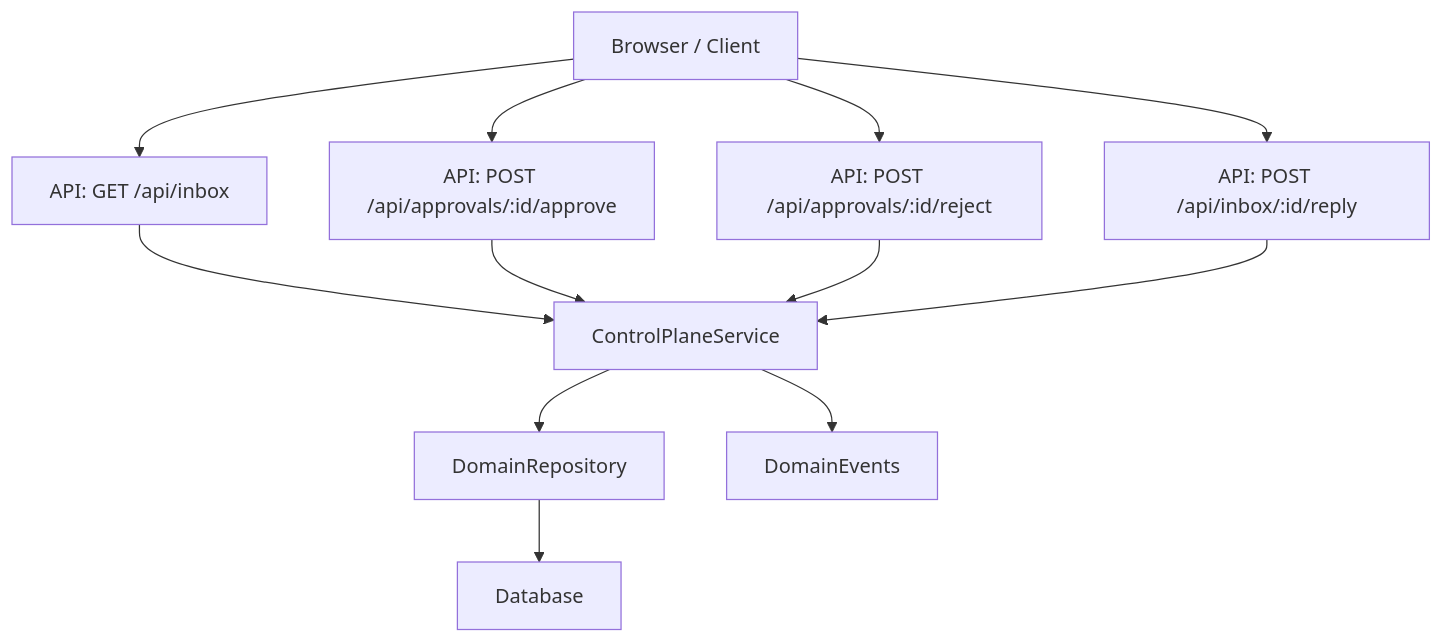
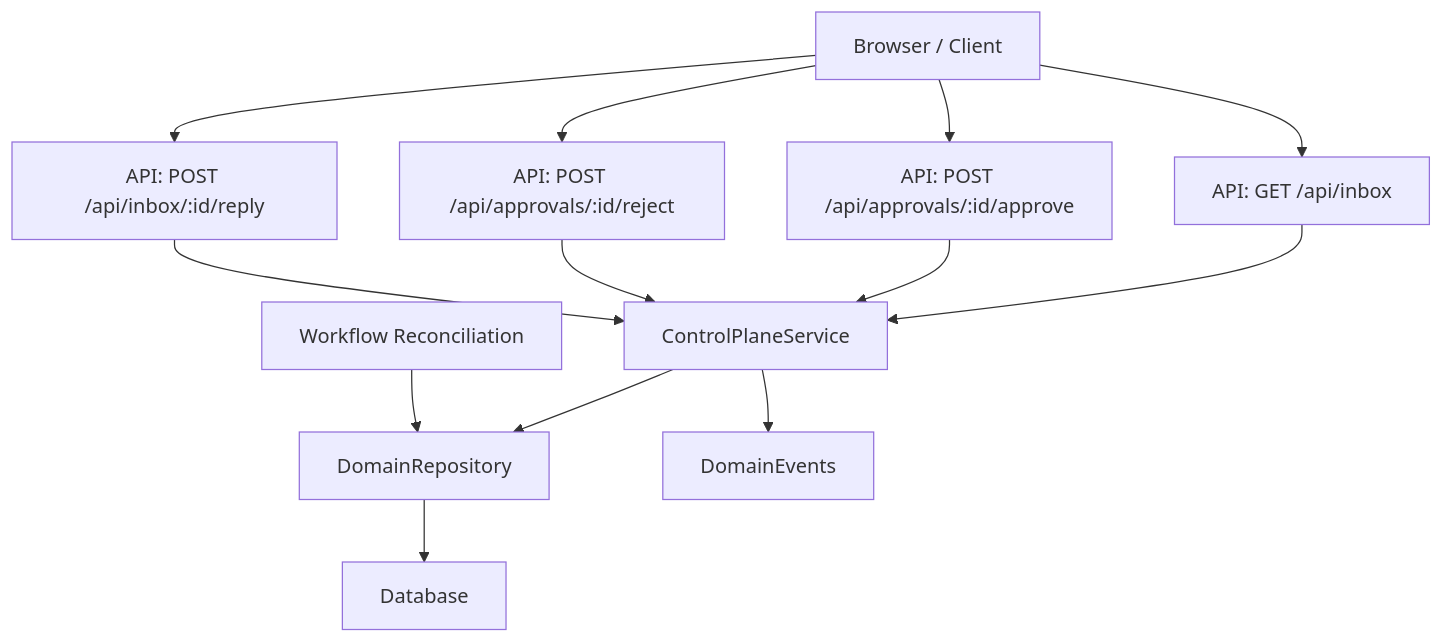
One commit to vmyazin/agent-os-passerine changed the first of 8 diagrams in .qoder/repowiki/en/content/Monitoring and Operations/Dashboard and User Interface/Inbox System and Approvals/Inbox System and Approvals.md. Above: the diagram before and after it, drawn with Mermaid. The commit also changed other lines of this file and 133 other files, not shown here.

````diff
--- a/.qoder/repowiki/en/content/Monitoring and Operations/Dashboard and User Interface/Inbox System and Approvals/Inbox System and Approvals.md
+++ b/.qoder/repowiki/en/content/Monitoring and Operations/Dashboard and User Interface/Inbox System and Approvals/Inbox System and Approvals.md
@@ -44,23 +56,25 @@
 ```mermaid
 graph TB
 Client["Browser / Client"]
 API_Inbox["API: GET /api/inbox"]
 API_Approve["API: POST /api/approvals/:id/approve"]
 API_Reject["API: POST /api/approvals/:id/reject"]
 API_Reply["API: POST /api/inbox/:id/reply"]
 Service["ControlPlaneService"]
+Reconciler["Workflow Reconciliation"]
 Repo["DomainRepository"]
 DB["Database"]
 Events["DomainEvents"]
 Client --> API_Inbox
 Client --> API_Approve
 Client --> API_Reject
 Client --> API_Reply
 API_Inbox --> Service
 API_Approve --> Service
 API_Reject --> Service
 API_Reply --> Service
 Service --> Repo
+Reconciler --> Repo
 Repo --> DB
 Service --> Events
 ```
````
